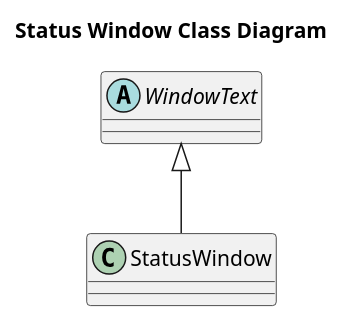
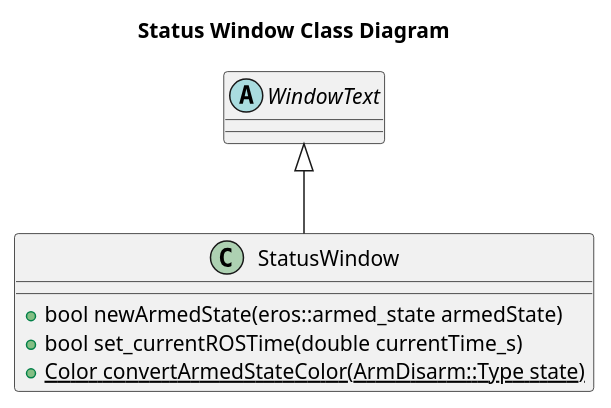
The diagram in doc/SystemMonitor/Windows/StatusWindow/StatusWindowClassDiagram.puml (dgitz/eros), drawn with PlantUML before and after one commit. The commit also changed 6 other files, not shown here.

```diff
--- a/doc/SystemMonitor/Windows/StatusWindow/StatusWindowClassDiagram.puml
+++ b/doc/SystemMonitor/Windows/StatusWindow/StatusWindowClassDiagram.puml
@@ -1,10 +1,13 @@
 @startuml
 title "Status Window Class Diagram"
 abstract WindowText {
     
 }
 class StatusWindow {
+    +bool newArmedState(eros::armed_state armedState)
+    +bool set_currentROSTime(double currentTime_s)
+    +{static} Color convertArmedStateColor(ArmDisarm::Type state)
 
 }
 WindowText <|-- StatusWindow
 @enduml
```
